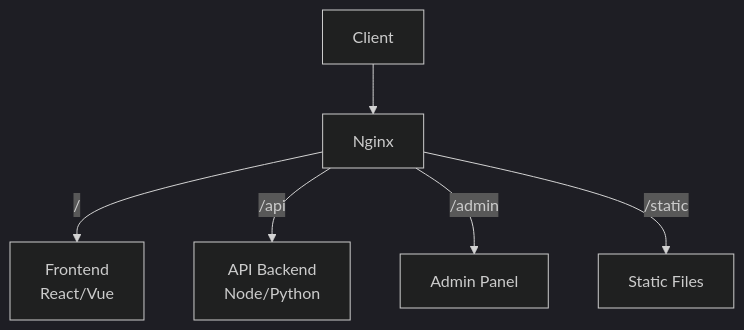
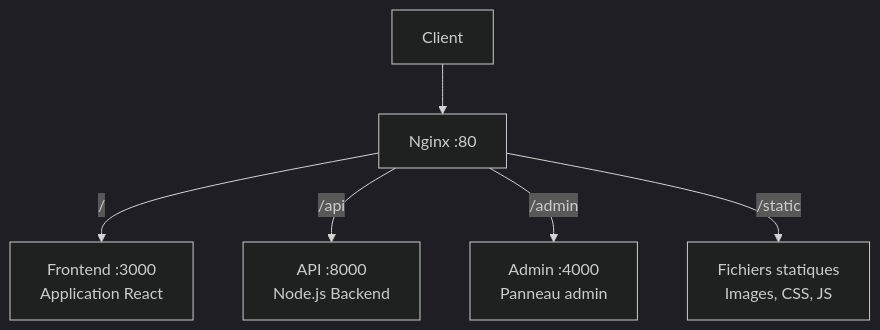
Before and after one commit to haythem-rehouma/deploiement-de-solutions-de-donnees: the fourth of 6 diagrams in 04-docker-swarm-nginx/9-nginx-reverse-proxy.md, drawn with Mermaid (dark theme). The commit also changed other lines of this file and 9 other files, not shown here.

````diff
--- a/04-docker-swarm-nginx/9-nginx-reverse-proxy.md
+++ b/04-docker-swarm-nginx/9-nginx-reverse-proxy.md
@@ -209,9 +278,9 @@
 ```mermaid
 graph TB
-    CLIENT[Client] --> NGINX[Nginx]
+    CLIENT[Client] --> NGINX[Nginx :80]
     
-    NGINX --> |"/"|FRONTEND[Frontend<br/>React/Vue]
-    NGINX --> |"/api"|API[API Backend<br/>Node/Python]
-    NGINX --> |"/admin"|ADMIN[Admin Panel]
-    NGINX --> |"/static"|STATIC[Static Files]
+    NGINX --> |"/"| FRONTEND[Frontend :3000<br/>Application React]
+    NGINX --> |"/api"| API[API :8000<br/>Node.js Backend]
+    NGINX --> |"/admin"| ADMIN[Admin :4000<br/>Panneau admin]
+    NGINX --> |"/static"| STATIC[Fichiers statiques<br/>Images, CSS, JS]
 ```
````
